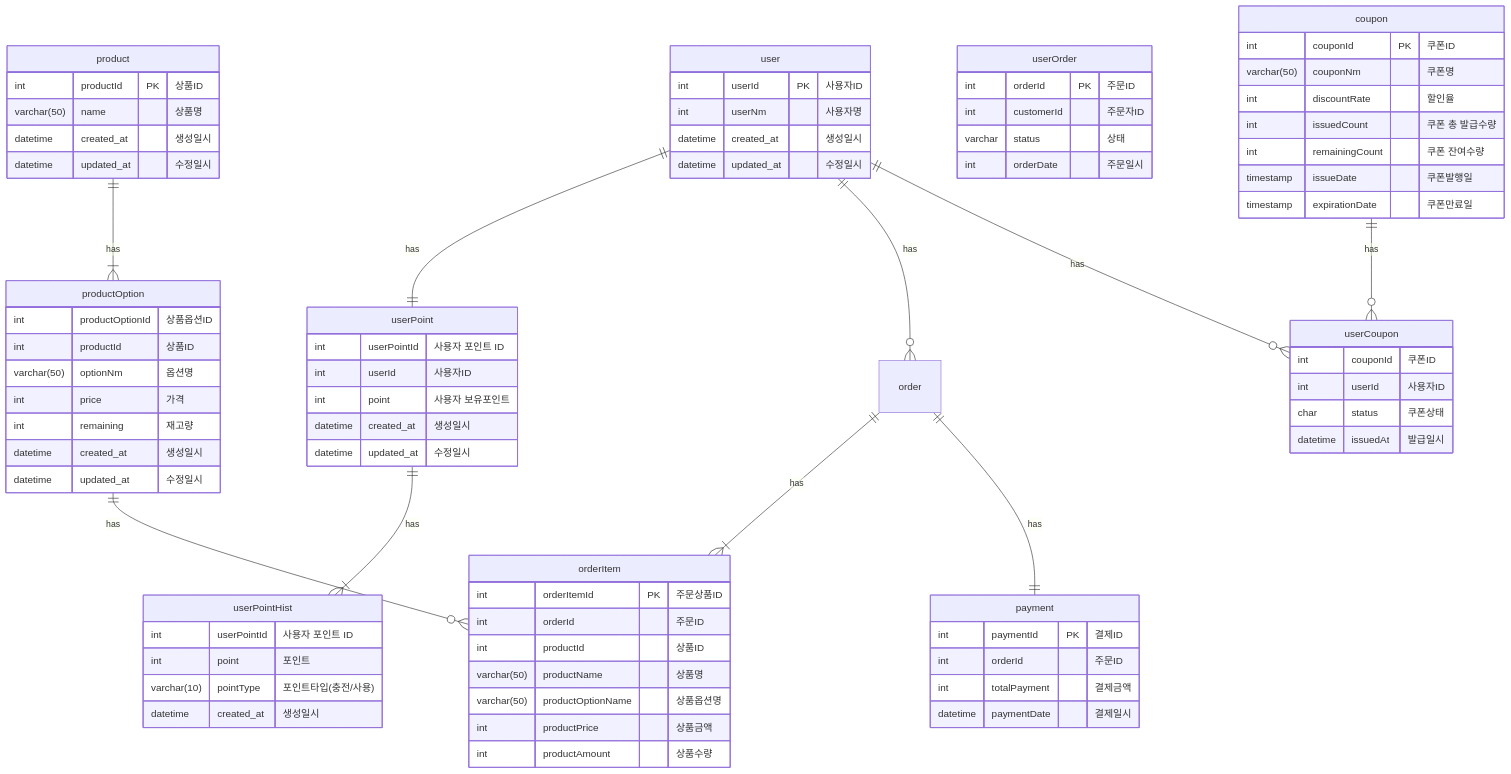
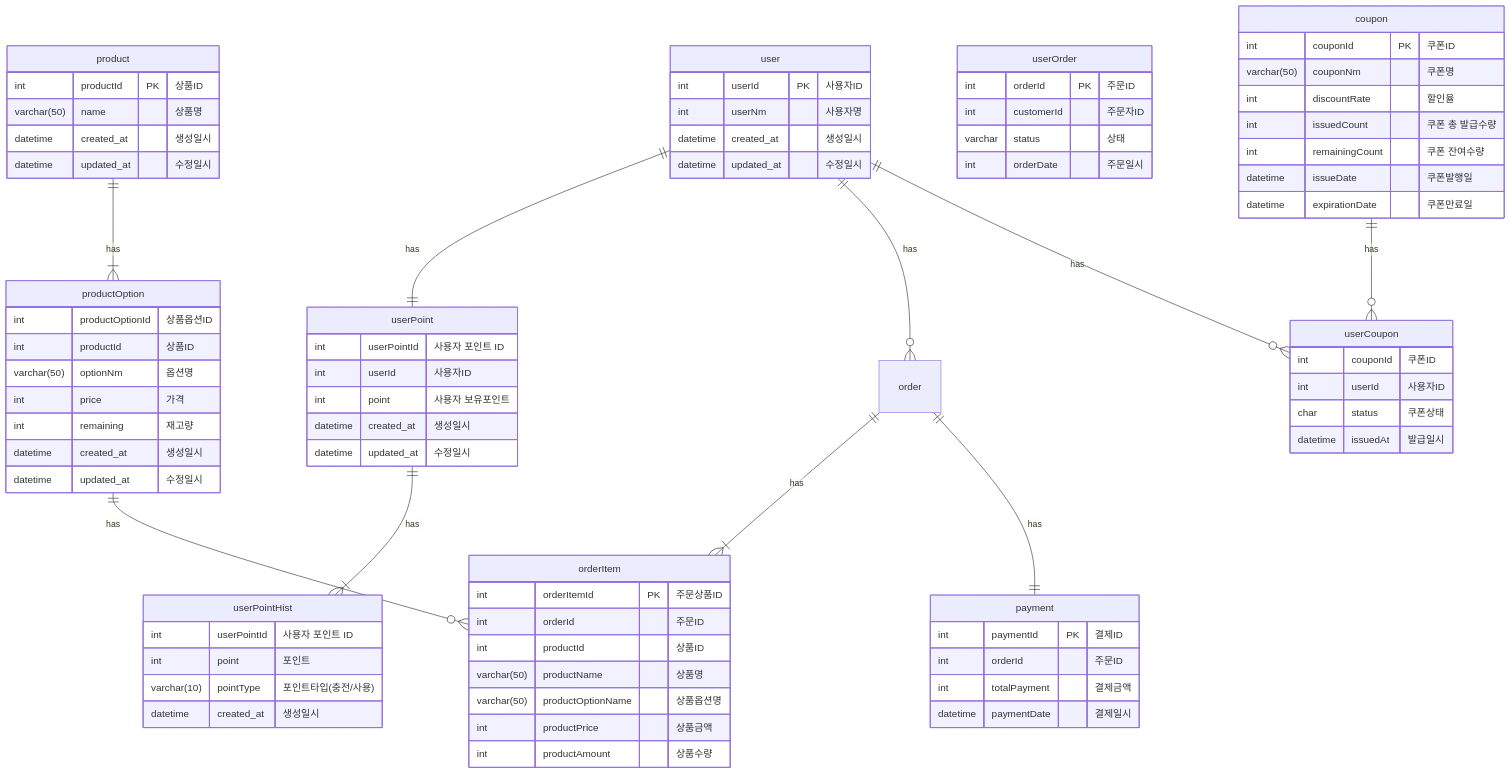
Before and after one commit to OO-b/E-commerce-system: the diagram in docs/erd/Erd.md, drawn with Mermaid.

Commit message:
#15 ERD 변경

```diff
--- a/docs/erd/Erd.md
+++ b/docs/erd/Erd.md
@@ -72,8 +72,8 @@
         int discountRate "할인율"
         int issuedCount "쿠폰 총 발급수량"
         int remainingCount "쿠폰 잔여수량"
-        timestamp issueDate "쿠폰발행일"
-        timestamp expirationDate "쿠폰만료일"
+        datetime issueDate "쿠폰발행일"
+        datetime expirationDate "쿠폰만료일"
     }
 
 
```
